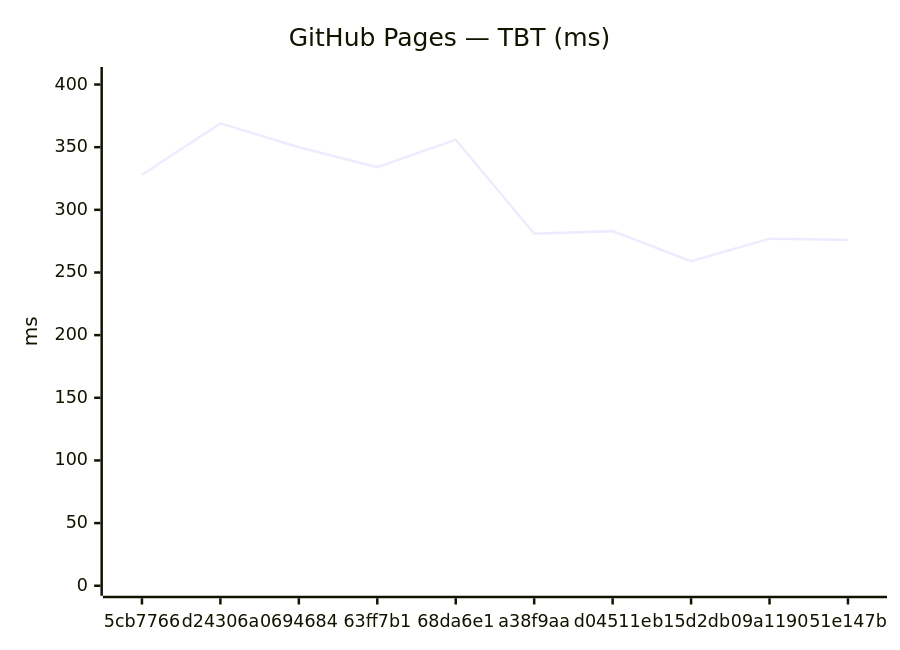
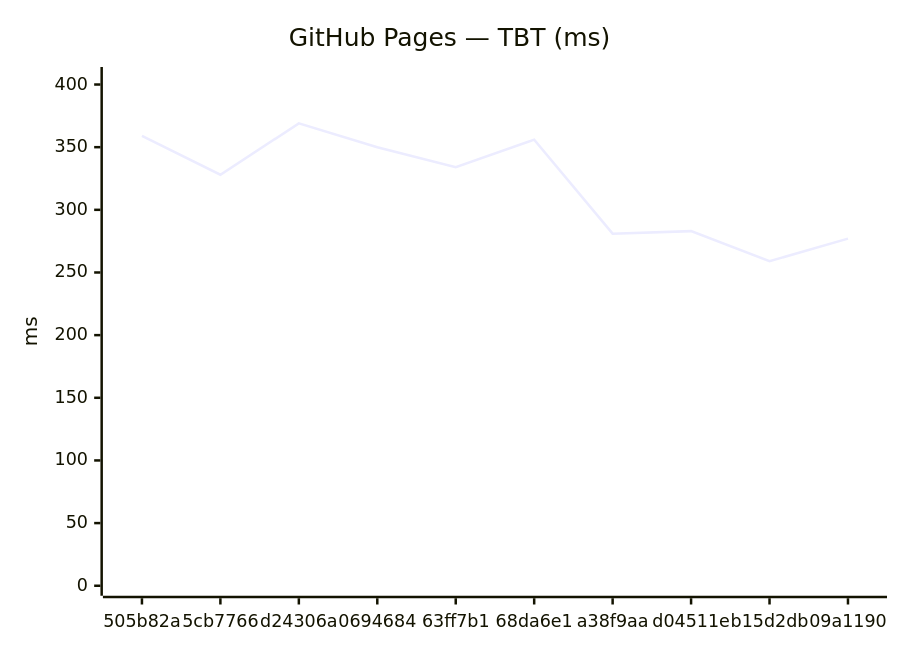
Before and after one commit to Metaheurist/Rianell: the fourth of 18 diagrams in benchmarks/compare.md, drawn with Mermaid. The commit also changed other lines of this file and 11 other files, not shown here.

````diff
--- a/benchmarks/compare.md
+++ b/benchmarks/compare.md
@@ -61,7 +61,7 @@
 ```mermaid
 xychart-beta
     title "GitHub Pages — TBT (ms)"
-    x-axis ["5cb7766", "d24306a", "0694684", "63ff7b1", "68da6e1", "a38f9aa", "d04511e", "b15d2db", "09a1190", "51e147b"]
+    x-axis ["505b82a", "5cb7766", "d24306a", "0694684", "63ff7b1", "68da6e1", "a38f9aa", "d04511e", "b15d2db", "09a1190"]
     y-axis "ms" 0 --> 406
-    line [328, 369, 350, 334, 356, 281, 283, 259, 277, 276]
+    line [359, 328, 369, 350, 334, 356, 281, 283, 259, 277]
 ```
````
